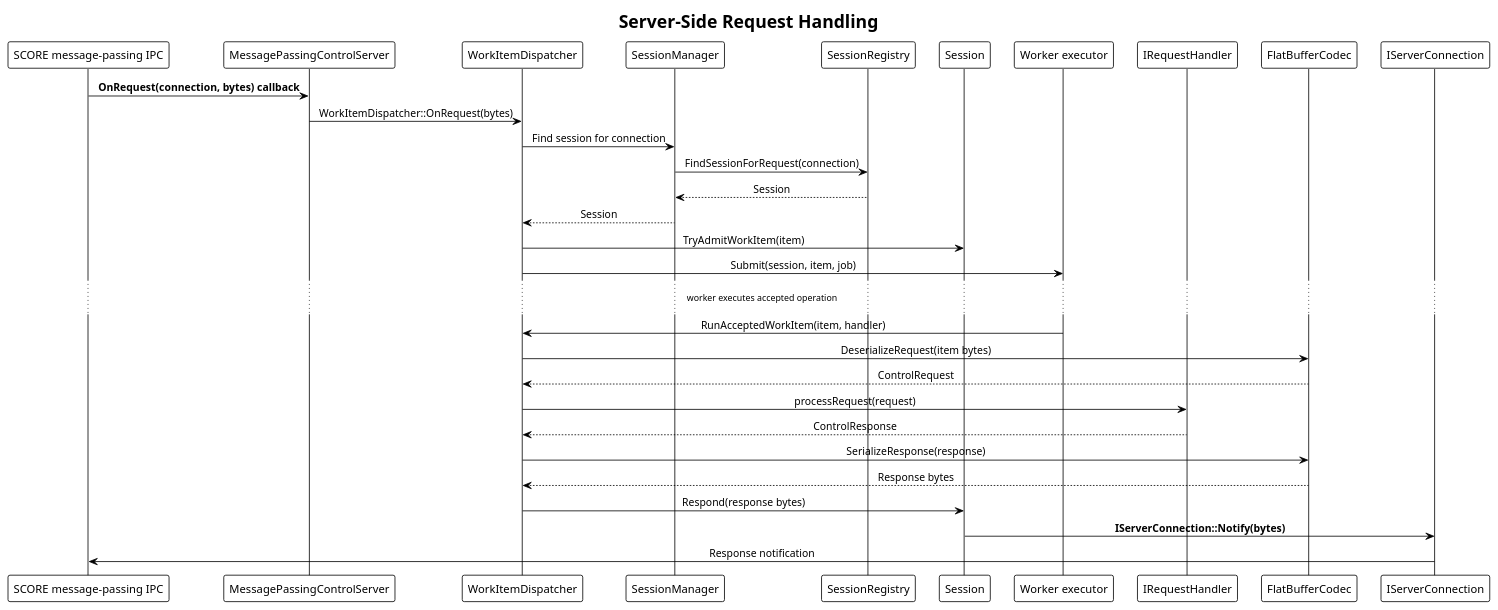
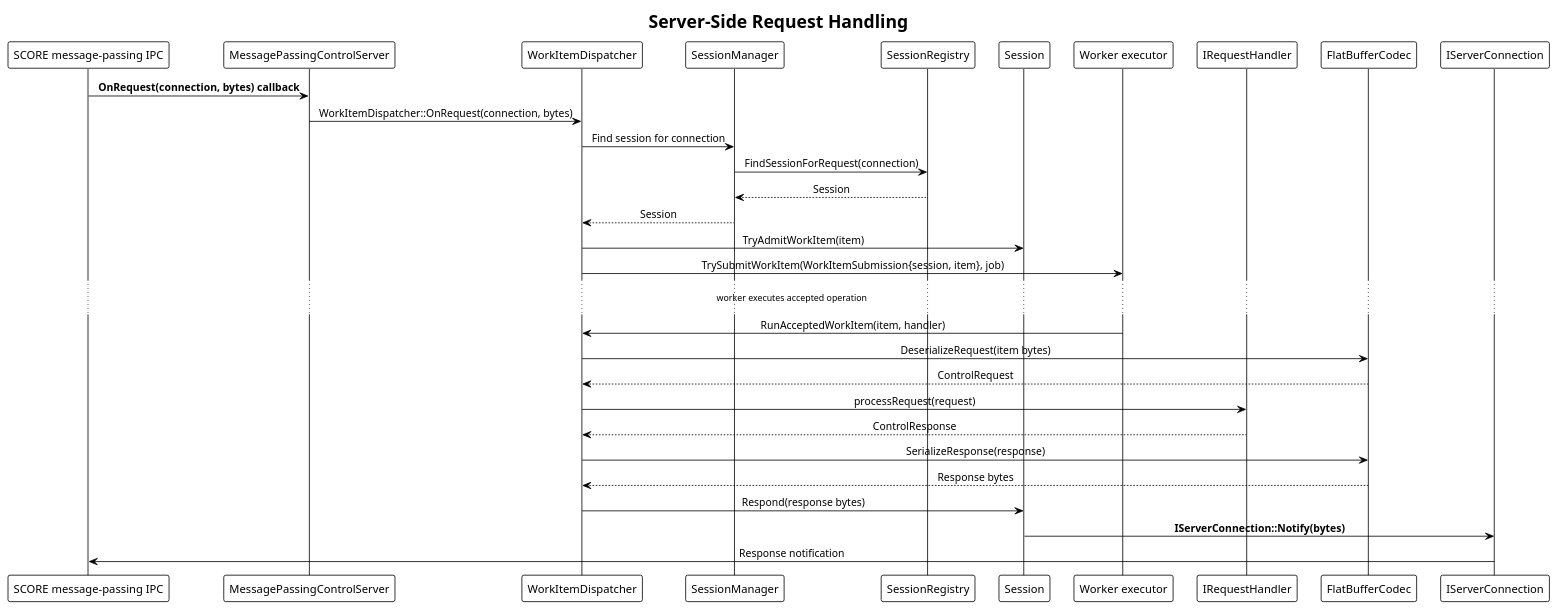
Before and after one commit to eclipse-score/inc_security_crypto: the diagram in score/crypto/src/ipc/message_passing_adapter/docs/detailed_design/message_passing_adapter_overview_server_request_flow.puml, drawn with PlantUML. The commit also changed 4 other files, not shown here.

Commit message:
Correct diagrams

```diff
--- a/score/crypto/src/ipc/message_passing_adapter/docs/detailed_design/message_passing_adapter_overview_server_request_flow.puml
+++ b/score/crypto/src/ipc/message_passing_adapter/docs/detailed_design/message_passing_adapter_overview_server_request_flow.puml
@@ -14,41 +14,41 @@
 @startuml message_passing_adapter_server_request_flow
 !theme plain
 skinparam sequenceMessageAlign center
 skinparam shadowing false
 
 title Server-Side Request Handling
 
 participant "SCORE message-passing IPC" as Transport
 participant "MessagePassingControlServer" as Server
 participant "WorkItemDispatcher" as Dispatcher
 participant "SessionManager" as SessionManager
 participant "SessionRegistry" as Registry
 participant "Session" as Session
 participant "Worker executor" as Executor
 participant "IRequestHandler" as Handler
 participant "FlatBufferCodec" as Codec
 participant "IServerConnection" as ServerConnection
 
 Transport -> Server: **OnRequest(connection, bytes) callback**
-Server -> Dispatcher: WorkItemDispatcher::OnRequest(bytes)
+Server -> Dispatcher: WorkItemDispatcher::OnRequest(connection, bytes)
 Dispatcher -> SessionManager: Find session for connection
 SessionManager -> Registry: FindSessionForRequest(connection)
 Registry --> SessionManager: Session
 SessionManager --> Dispatcher: Session
 Dispatcher -> Session: TryAdmitWorkItem(item)
-Dispatcher -> Executor: Submit(session, item, job)
+Dispatcher -> Executor: TrySubmitWorkItem(WorkItemSubmission{session, item}, job)
 
 ... worker executes accepted operation ...
 
 Executor -> Dispatcher: RunAcceptedWorkItem(item, handler)
 Dispatcher -> Codec: DeserializeRequest(item bytes)
 Codec --> Dispatcher: ControlRequest
 Dispatcher -> Handler: processRequest(request)
 Handler --> Dispatcher: ControlResponse
 Dispatcher -> Codec: SerializeResponse(response)
 Codec --> Dispatcher: Response bytes
 Dispatcher -> Session: Respond(response bytes)
 Session -> ServerConnection: **IServerConnection::Notify(bytes)**
 ServerConnection -> Transport: Response notification
 
 @enduml
```
